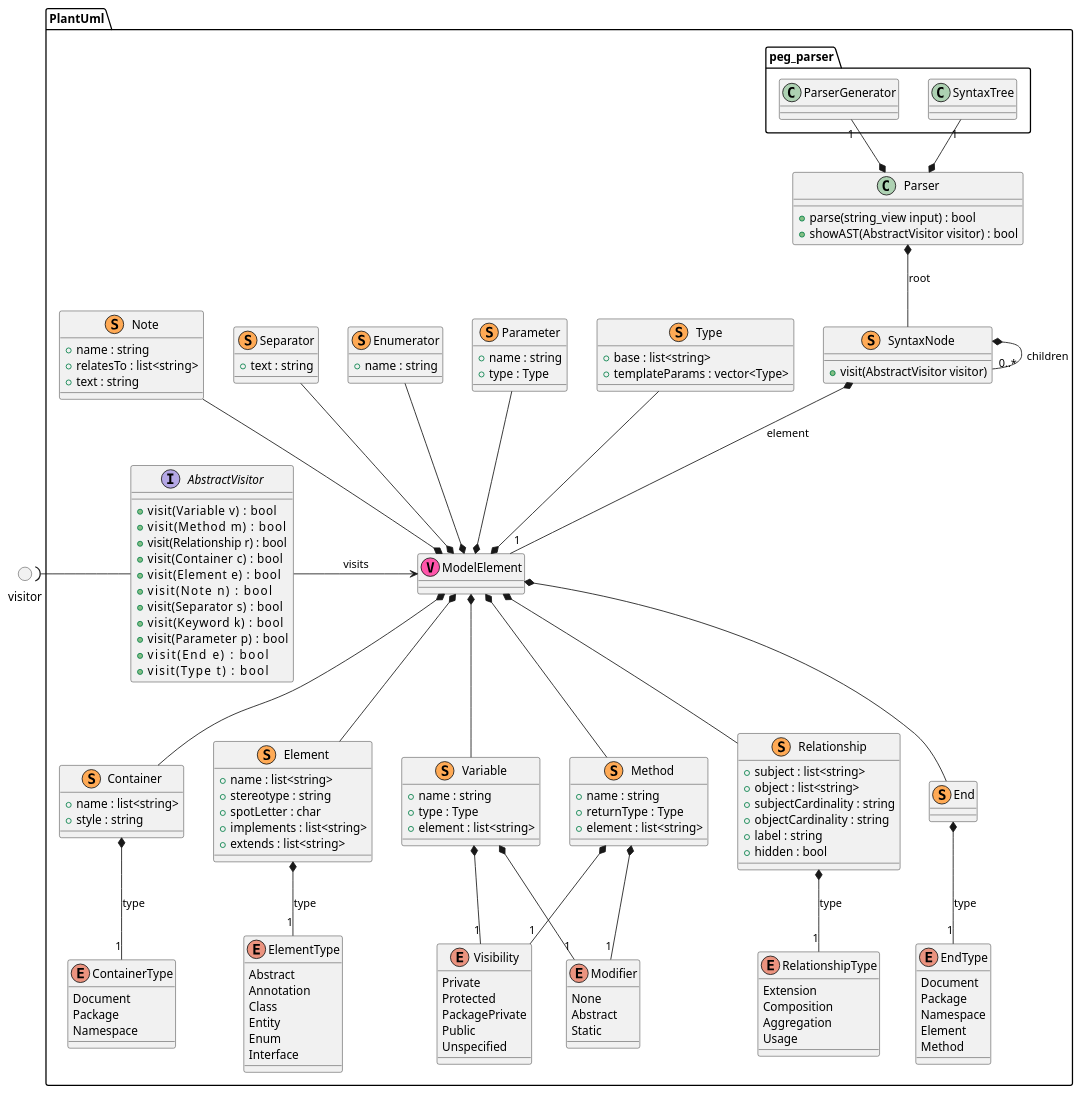
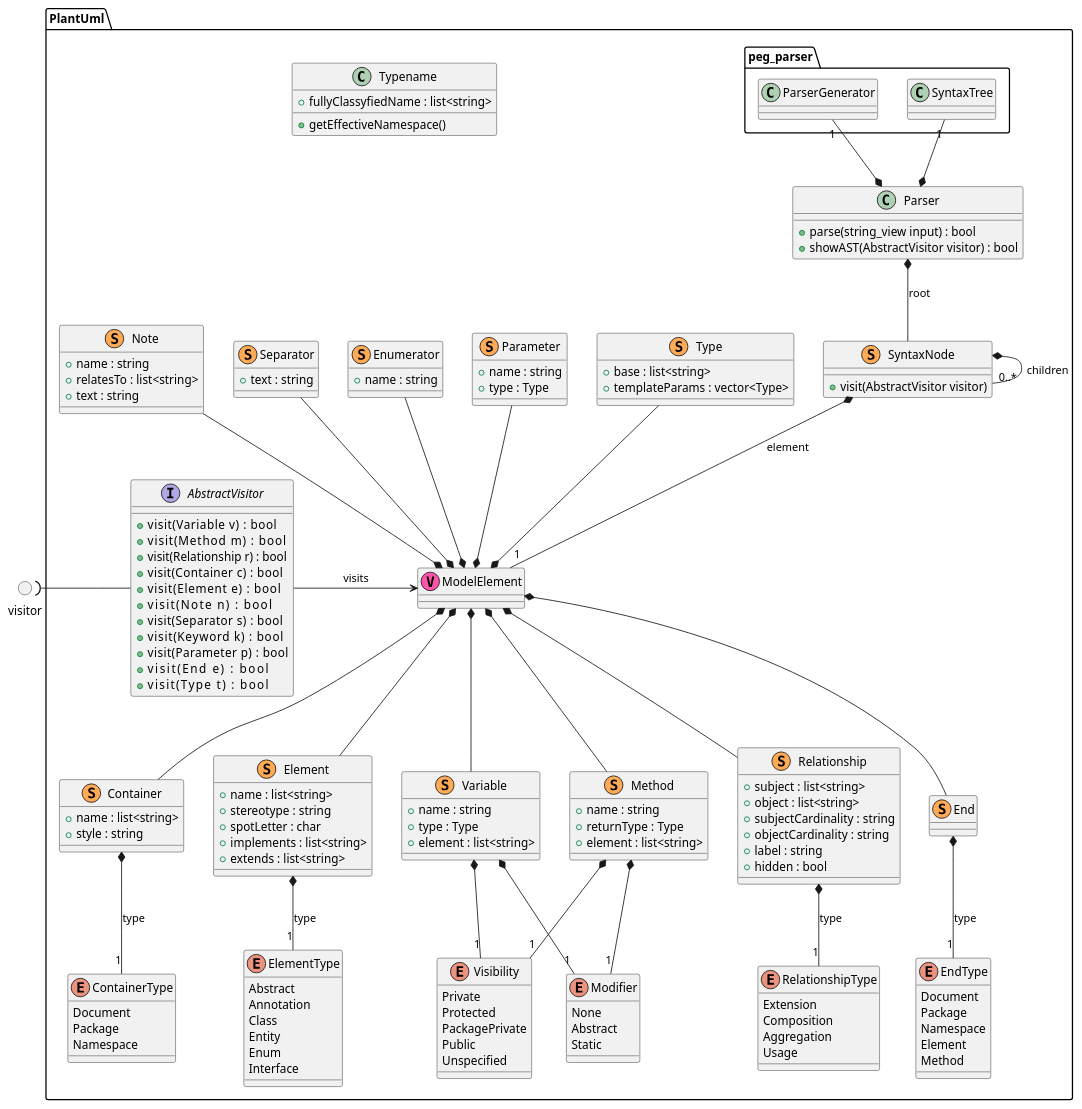
Before and after one commit to jteuber/PlantUML2Cpp: the diagram in models/PlantUml.puml, drawn with PlantUML. The commit also changed 7 other files, not shown here.

```diff
--- a/models/PlantUml.puml
+++ b/models/PlantUml.puml
@@ -1,168 +1,173 @@
 @startuml PlantUml
 
 namespace PlantUml {
 
     interface AbstractVisitor {
         +visit(Variable v)     : bool
         +visit(Method m)       : bool
         +visit(Relationship r) : bool
         +visit(Container c)    : bool
         +visit(Element e)      : bool
         +visit(Note n)         : bool
         +visit(Separator s)    : bool
         +visit(Keyword k)      : bool
         +visit(Parameter p)    : bool
         +visit(End e)          : bool
         +visit(Type t)         : bool
     }
 
     class Parser
     {
         +parse(string_view input) : bool
         +showAST(AbstractVisitor visitor) : bool
     }
 
     class ModelElement << (V,#FF55AA) >>
 
     class Container << (S,#FFAA55) >>
     {
         +name : list<string>
         +style : string
     }
     enum ContainerType {
         Document
         Package
         Namespace
     }
 
     class Element << (S,#FFAA55) >>
     {
         +name : list<string>
         +stereotype : string
         +spotLetter : char
         +implements : list<string>
         +extends : list<string>
     }
     enum ElementType {
         Abstract
         Annotation
         Class
         Entity
         Enum
         Interface
+    }
+
+    class Typename {
+        +fullyClassyfiedName : list<string>
+        +getEffectiveNamespace()
     }
 
     class Variable << (S,#FFAA55) >>
     {
         +name : string
         +type : Type
         +element : list<string>
     }
     class Method << (S,#FFAA55) >>
     {
         +name : string
         +returnType : Type
         +element : list<string>
     }
     class Parameter << (S,#FFAA55) >>
     {
         +name : string
         +type : Type
     }
     class Separator << (S,#FFAA55) >>
     {
         +text : string
     }
     class Enumerator << (S,#FFAA55) >>
     {
         +name : string
     }
     class Type << (S,#FFAA55) >>
     {
         +base : list<string>
         +templateParams : vector<Type>
     }
     class Relationship << (S,#FFAA55) >>
     {
         +subject : list<string>
         +object : list<string>
         +subjectCardinality : string
         +objectCardinality : string
         +label : string
         +hidden : bool
     }
     enum RelationshipType {
         Extension
         Composition
         Aggregation
         Usage
     }
     class Note << (S,#FFAA55) >>
     {
         +name : string
         +relatesTo : list<string>
         +text : string
     }
     enum Visibility {
         Private
         Protected
         PackagePrivate
         Public
         Unspecified
     }
     enum Modifier {
         None
         Abstract
         Static
     }
     class End<< (S,#FFAA55) >>
     enum EndType
     {
         Document
         Package
         Namespace
         Element
         Method
     }
 
     class SyntaxNode << (S,#FFAA55) >>
     {
         +visit(AbstractVisitor visitor)
     }
 
     Parser *-- SyntaxNode : root
 
     SyntaxNode *-- "0..*" SyntaxNode : children
     SyntaxNode *-- "1" ModelElement : element
 
     ModelElement *-up- Note
     ModelElement *-up- Separator
     ModelElement *-up- Enumerator
     ModelElement *-up- Parameter
     ModelElement *-up- Type
     ModelElement *-- Container
     ModelElement *-- Element
     ModelElement *-- Relationship
     ModelElement *-- Variable
     ModelElement *-- Method
     ModelElement *-- End
 
     Element *-- "1" ElementType : type
     Container *-- "1" ContainerType  : type
     Variable *-- "1" Visibility
     Variable *-- "1" Modifier
     Method *-- "1" Visibility
     Method *-- "1" Modifier
     End *-- "1" EndType : type
     Relationship *-- "1" RelationshipType : type
 
     AbstractVisitor -right-> ModelElement : visits
 
     Parser *-up- "1" peg_parser.SyntaxTree
     Parser *-up- "1" peg_parser.ParserGenerator
 }
 
 () visitor
 PlantUml.AbstractVisitor -left-( visitor
 
 @enduml
```
